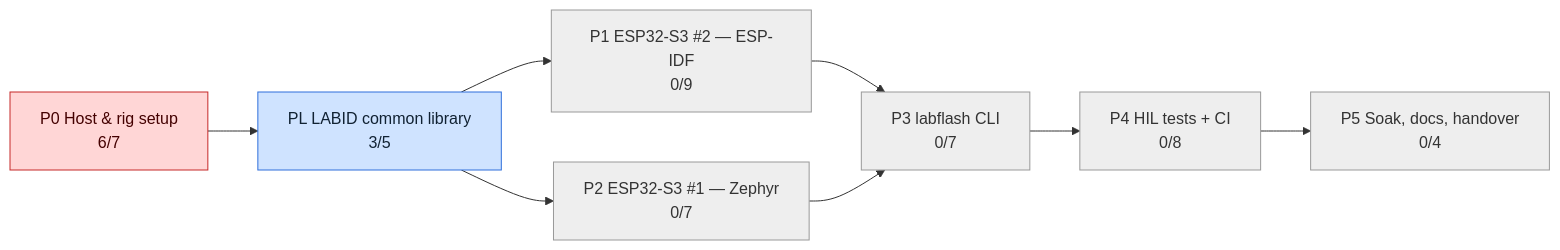
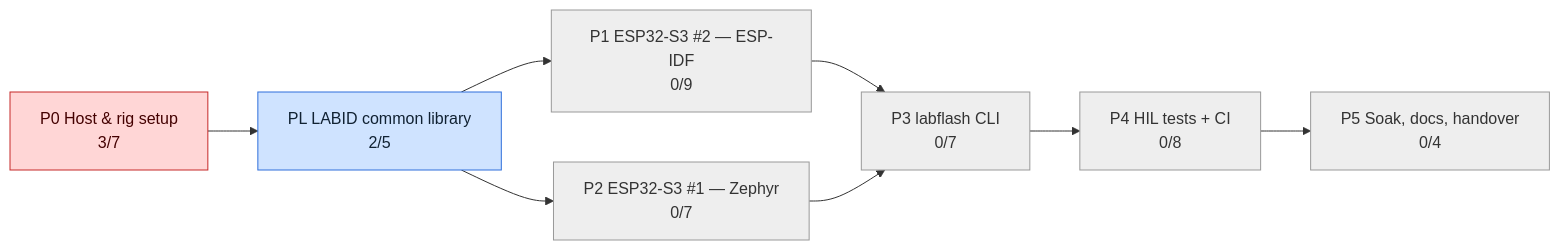
Before and after one commit to mohamed-soubhi/bootlab-esp: the second of 3 diagrams in tickets/TICKETS.md, drawn with Mermaid. The commit also changed other lines of this file and 6 other files, not shown here.

Commit message:
WIP checkpoint before RPi restart: BL-002 re-pin (v4.4.2/SDK 1.0.1), BL-003/007 blocked, BL-011 reopened, rig.yaml typo fixed

````diff
--- a/tickets/TICKETS.md
+++ b/tickets/TICKETS.md
@@ -31,21 +32,21 @@
 ```mermaid
 flowchart LR
-    E0["P0 Host & rig setup<br/>6/7"]:::blocked
-    EL["PL LABID common library<br/>3/5"]:::doing
+    E0["P0 Host & rig setup<br/>3/7"]:::blocked
+    EL["PL LABID common library<br/>2/5"]:::doing
     E1["P1 ESP32-S3 #2 — ESP-IDF<br/>0/9"]:::todo
     E2["P2 ESP32-S3 #1 — Zephyr<br/>0/7"]:::todo
     E3["P3 labflash CLI<br/>0/7"]:::todo
     E4["P4 HIL tests + CI<br/>0/8"]:::todo
     E5["P5 Soak, docs, handover<br/>0/4"]:::todo
     E0 --> EL
     E1 --> E3
     E2 --> E3
     E3 --> E4
     E4 --> E5
     EL --> E1
     EL --> E2
     classDef todo fill:#eeeeee,stroke:#999,color:#333
     classDef doing fill:#cfe3ff,stroke:#2f6fdb,color:#123
     classDef blocked fill:#ffd6d6,stroke:#c62828,color:#400
     classDef done fill:#d4f5d4,stroke:#2e7d32,color:#132
 ```
````
